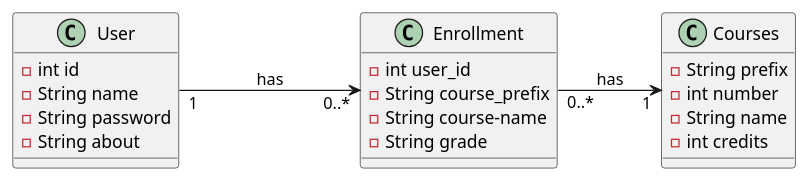
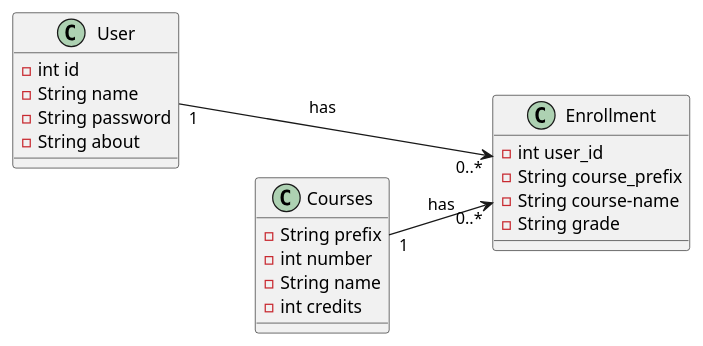
One commit to YasF-bit/prj-1- changed the diagram in uml/class.wsd. Above: the diagram before and after it, drawn with PlantUML. The commit also changed 1 other file, not shown here.

```diff
--- a/uml/class.wsd
+++ b/uml/class.wsd
@@ -1,34 +1,34 @@
 @startuml class
 left to right direction
 
 
 class User{
     -int id
     -String name
     -String password
     -String about
 }
 
 class Courses{
     -String prefix
     -int number
     -String name
     -int credits
 
 }
 
 class Enrollment{
     -int user_id
     -String course_prefix
     -String course-name
     -String grade 
 
 }   
 
 
 
 
 User "1" ---> "0..*" Enrollment :has
-Enrollment "0..*" --> "1" Courses :has
+Courses "1" --> "0..*" Enrollment :has
 
 @enduml
```
